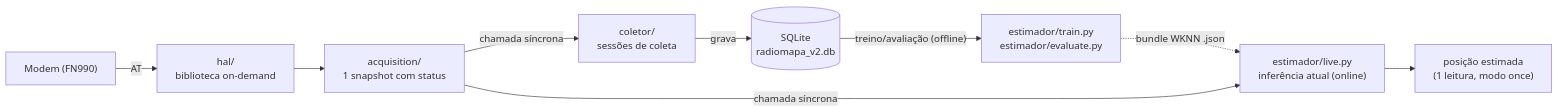
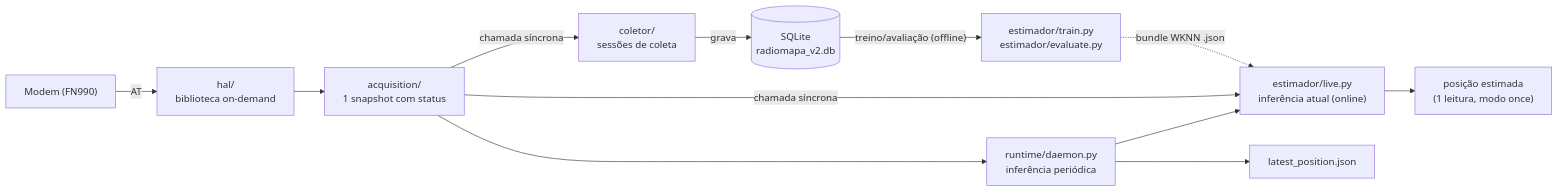
One commit to tedalmora/geoloc_estimator changed the diagram in README.md. Above: the diagram before and after it, drawn with Mermaid. The commit also changed other lines of this file and 17 other files, not shown here.

````diff
--- a/README.md
+++ b/README.md
@@ -55,11 +56,14 @@
 ```mermaid
 flowchart LR
     MODEM["Modem (FN990)"] -- "AT" --> HAL["hal/\nbiblioteca on-demand"]
     HAL --> ACQ["acquisition/\n1 snapshot com status"]
     ACQ -- "chamada síncrona" --> COL["coletor/\nsessões de coleta"]
     COL -- "grava" --> DB[("SQLite\nradiomapa_v2.db")]
     DB -- "treino/avaliação (offline)" --> TREINO["estimador/train.py\nestimador/evaluate.py"]
     TREINO -. "bundle WKNN .json" .-> LIVE
     ACQ -- "chamada síncrona" --> LIVE["estimador/live.py\ninferência atual (online)"]
     LIVE --> POS["posição estimada\n(1 leitura, modo once)"]
+    ACQ --> RUNTIME["runtime/daemon.py\ninferência periódica"]
+    RUNTIME --> LIVE
+    RUNTIME --> LATEST["latest_position.json"]
 ```
````
